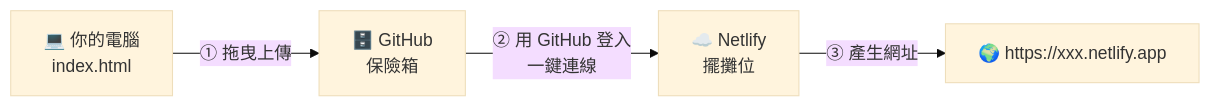
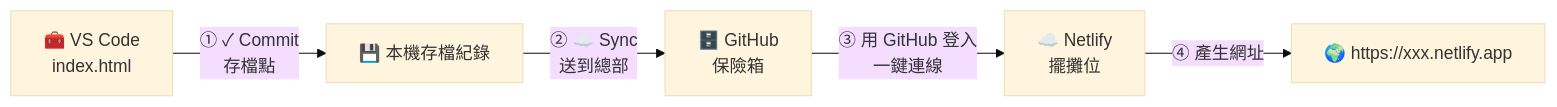
The second of 2 diagrams in lectures/wk01_1007_saas-storefront/README.md (cychiang-ntpu/VibeNTPU), drawn with Mermaid (base theme) before and after one commit. The commit also changed other lines of this file and 37 other files, not shown here.

First line of the commit message:
Switch workflow to VS Code + GitHub Copilot; add social-media SaaS architecture

````diff
--- a/lectures/wk01_1007_saas-storefront/README.md
+++ b/lectures/wk01_1007_saas-storefront/README.md
@@ -161,6 +221,7 @@
 ```mermaid
 flowchart LR
-    A["💻 你的電腦<br/>index.html"] -- "① 拖曳上傳" --> B["🗄️ GitHub<br/>保險箱"]
-    B -- "② 用 GitHub 登入<br/>一鍵連線" --> C["☁️ Netlify<br/>擺攤位"]
-    C -- "③ 產生網址" --> D["🌍 https://xxx.netlify.app"]
+    A["🧰 VS Code<br/>index.html"] -- "① ✓ Commit<br/>存檔點" --> A2["💾 本機存檔紀錄"]
+    A2 -- "② ☁️ Sync<br/>送到總部" --> B["🗄️ GitHub<br/>保險箱"]
+    B -- "③ 用 GitHub 登入<br/>一鍵連線" --> C["☁️ Netlify<br/>擺攤位"]
+    C -- "④ 產生網址" --> D["🌍 https://xxx.netlify.app"]
 ```
````
